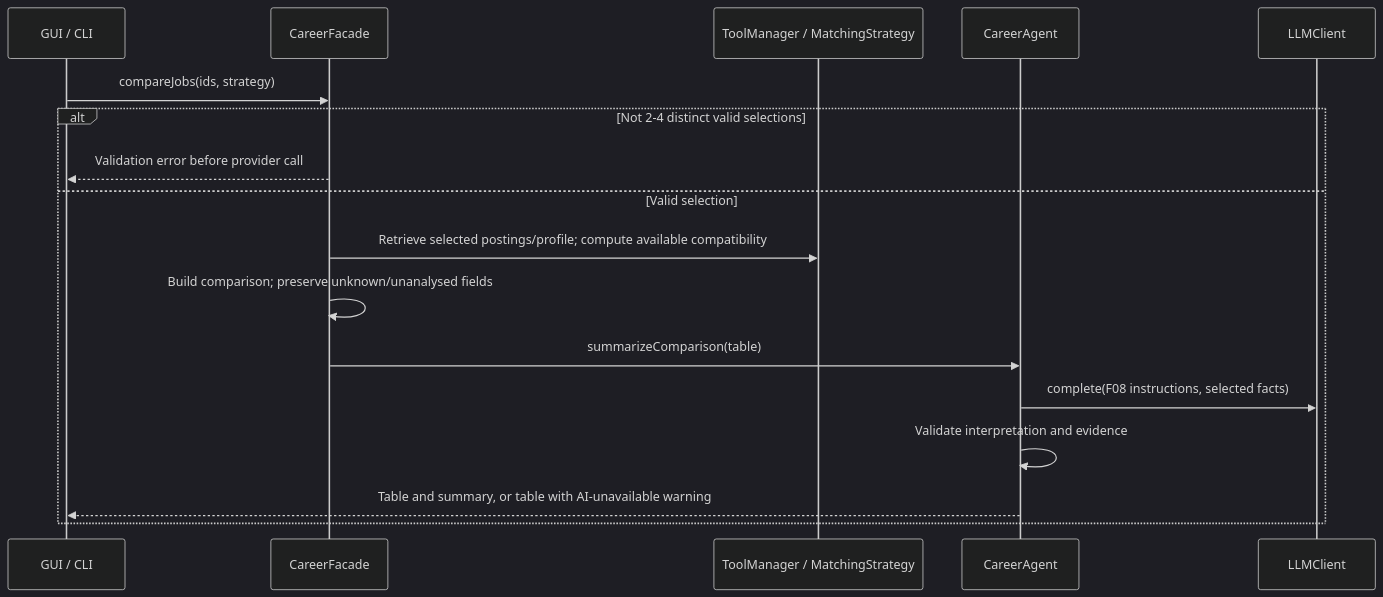
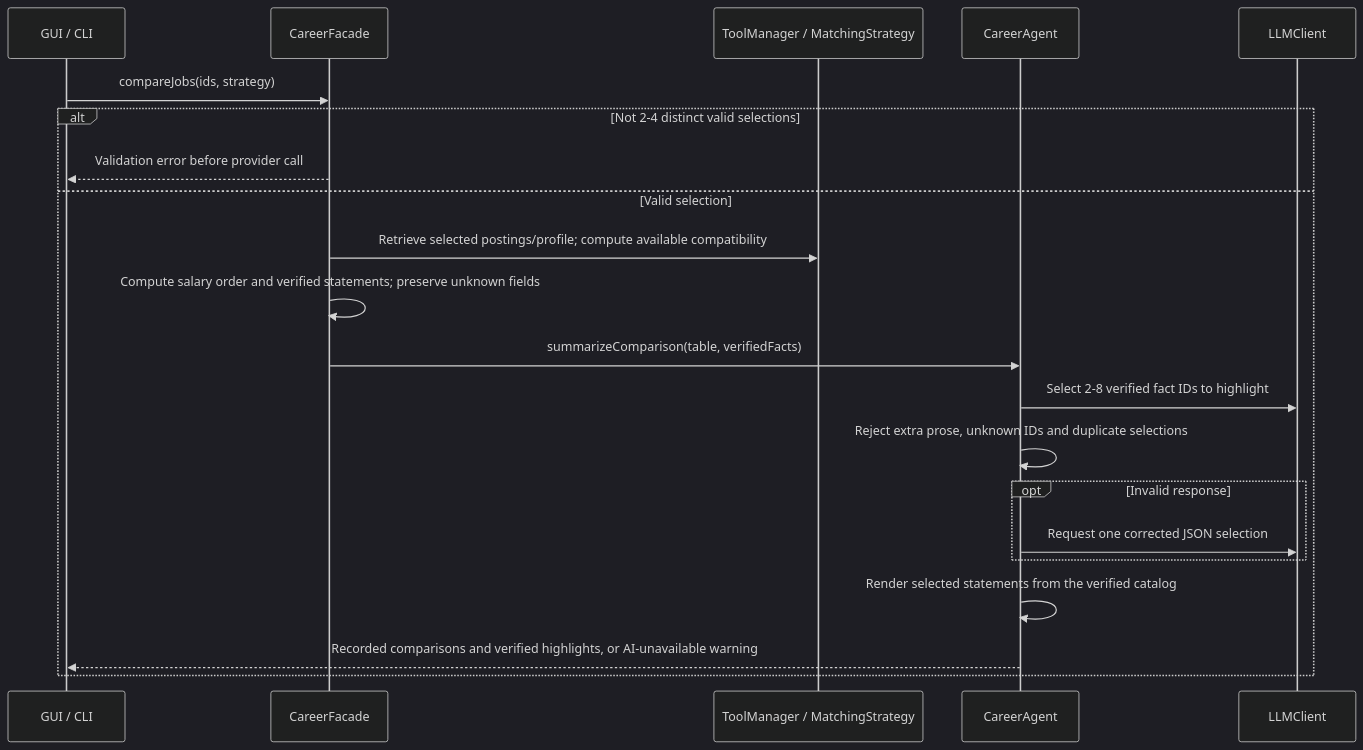
The sixth of 14 diagrams in Diagrams/stage2_ai_workflows.md (syedaafatima/EECS3311-Project), drawn with Mermaid (dark theme) before and after one commit. The commit also changed 9 other files, not shown here.

First line of the commit message:
Ground job comparison highlights in verified salary and skill facts

````diff
--- a/Diagrams/stage2_ai_workflows.md
+++ b/Diagrams/stage2_ai_workflows.md
@@ -207,19 +207,23 @@
 ```mermaid
 sequenceDiagram
     participant UI as GUI / CLI
     participant F as CareerFacade
     participant T as ToolManager / MatchingStrategy
     participant A as CareerAgent
     participant L as LLMClient
     UI->>F: compareJobs(ids, strategy)
     alt Not 2-4 distinct valid selections
         F-->>UI: Validation error before provider call
     else Valid selection
         F->>T: Retrieve selected postings/profile#59; compute available compatibility
-        F->>F: Build comparison#59; preserve unknown/unanalysed fields
-        F->>A: summarizeComparison(table)
-        A->>L: complete(F08 instructions, selected facts)
-        A->>A: Validate interpretation and evidence
-        A-->>UI: Table and summary, or table with AI-unavailable warning
+        F->>F: Compute salary order and verified statements#59; preserve unknown fields
+        F->>A: summarizeComparison(table, verifiedFacts)
+        A->>L: Select 2-8 verified fact IDs to highlight
+        A->>A: Reject extra prose, unknown IDs and duplicate selections
+        opt Invalid response
+            A->>L: Request one corrected JSON selection
+        end
+        A->>A: Render selected statements from the verified catalog
+        A-->>UI: Recorded comparisons and verified highlights, or AI-unavailable warning
     end
 ```
````
